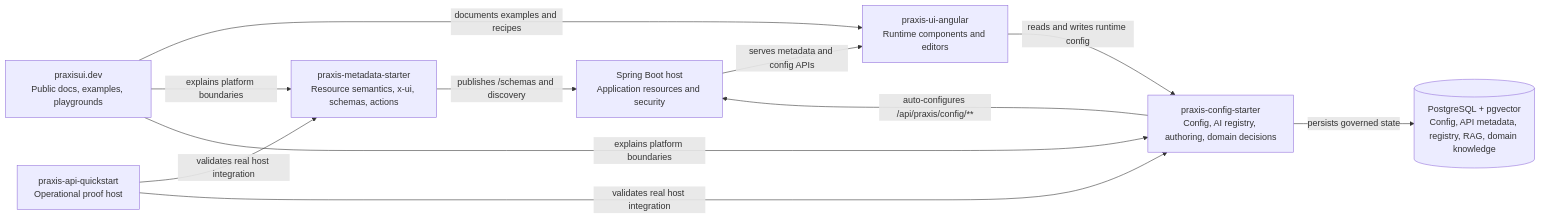
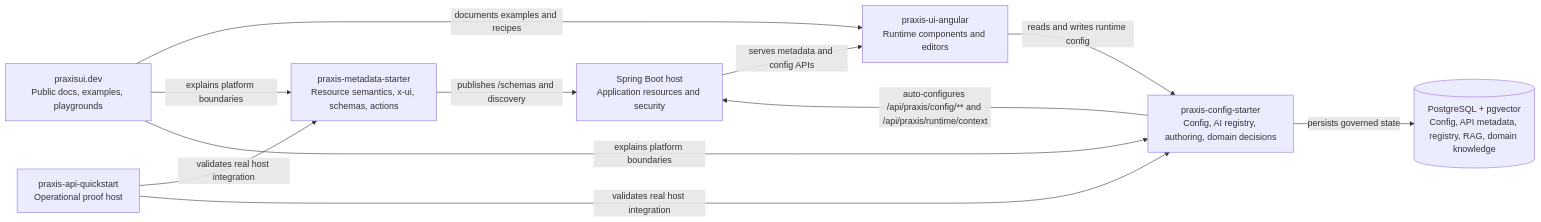
Before and after one commit to codexrodrigues/praxis-config-starter: the first of 3 diagrams in README.md, drawn with Mermaid. The commit also changed other lines of this file and 13 other files, not shown here.

Commit message:
feat: add enterprise runtime context endpoint

````diff
--- a/README.md
+++ b/README.md
@@ -67,21 +69,21 @@
 ```mermaid
 flowchart LR
     metadata["praxis-metadata-starter<br/>Resource semantics, x-ui, schemas, actions"]
     host["Spring Boot host<br/>Application resources and security"]
     config["praxis-config-starter<br/>Config, AI registry, authoring, domain decisions"]
     db[("PostgreSQL + pgvector<br/>Config, API metadata, registry, RAG, domain knowledge")]
     angular["praxis-ui-angular<br/>Runtime components and editors"]
     site["praxisui.dev<br/>Public docs, examples, playgrounds"]
     quickstart["praxis-api-quickstart<br/>Operational proof host"]
 
     metadata -->|"publishes /schemas and discovery"| host
-    config -->|"auto-configures /api/praxis/config/**"| host
+    config -->|"auto-configures /api/praxis/config/** and /api/praxis/runtime/context"| host
     host -->|"serves metadata and config APIs"| angular
     angular -->|"reads and writes runtime config"| config
     config -->|"persists governed state"| db
     site -->|"documents examples and recipes"| angular
     site -->|"explains platform boundaries"| metadata
     site -->|"explains platform boundaries"| config
     quickstart -->|"validates real host integration"| metadata
     quickstart -->|"validates real host integration"| config
 ```
````
